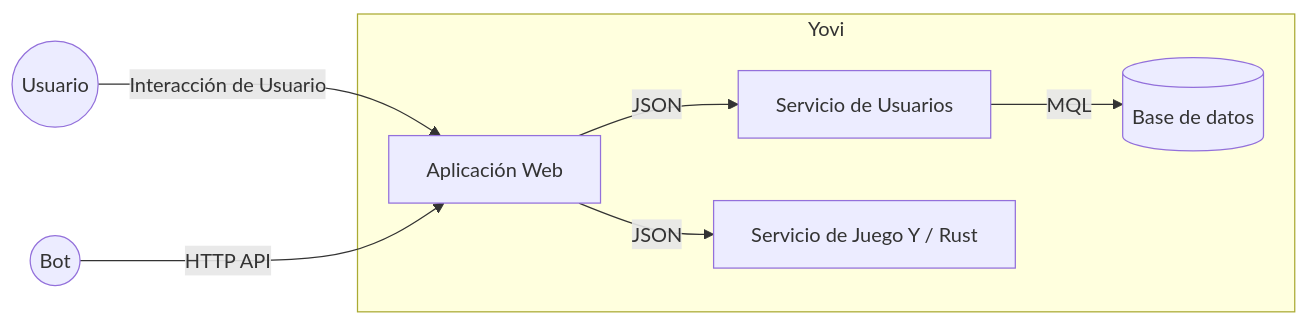
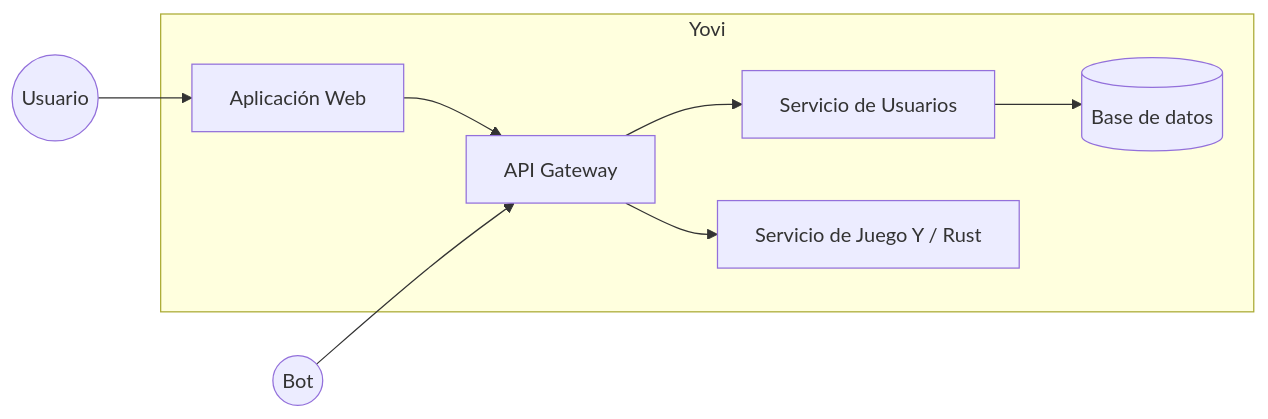
One commit to Arquisoft/yovi_es5c changed the first of 4 diagrams in docs/src/05_building_block_view.adoc. Above: the diagram before and after it, drawn with Mermaid. The commit also changed other lines of this file, not shown here.

```diff
--- a/docs/src/05_building_block_view.adoc
+++ b/docs/src/05_building_block_view.adoc
@@ -8,20 +8,22 @@
 [mermaid, "bb-level1-yovi", png]
 ----
 flowchart LR
   U((Usuario))
   B((Bot))
 
   subgraph Y[Yovi]
     W[Aplicación Web]
+    GW[API Gateway]
     US[Servicio de Usuarios]
     G[Servicio de Juego Y / Rust]
     DB[(Base de datos)]
   end
 
-  U -->|Interacción de Usuario| W
-  B -->|HTTP API| W
+  U --> W
+  W --> GW
+  B --> GW
 
-  W -->|JSON| US
-  W -->|JSON| G
-  US -->|MQL| DB
+  GW --> US
+  GW --> G
+  US --> DB
 ----
```
